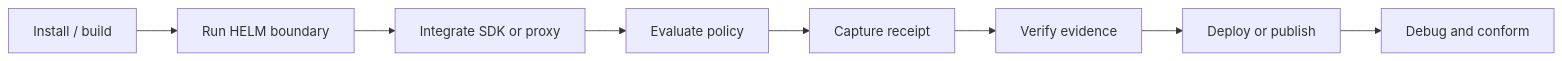
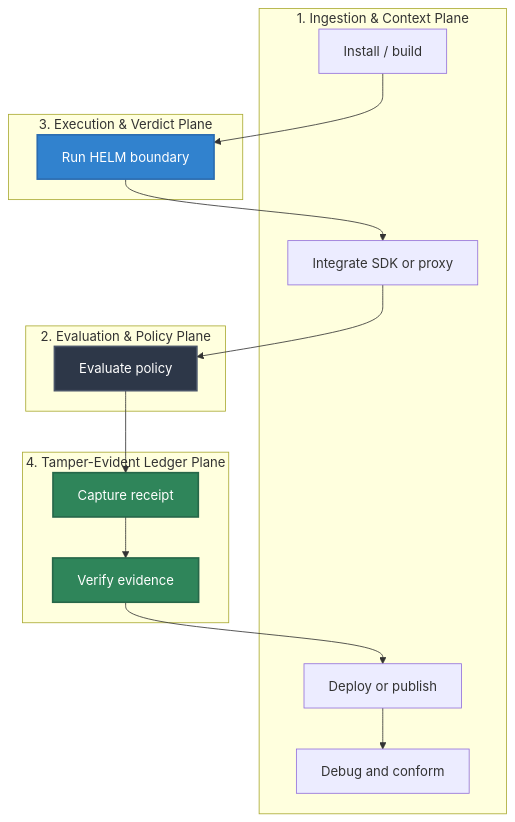
One commit to Mindburn-Labs/helm-ai-kernel changed the diagram in docs/DEVELOPER_SURFACE_MAP.md. Above: the diagram before and after it, drawn with Mermaid. The commit also changed other lines of this file and 330 other files, not shown here.

````diff
--- a/docs/DEVELOPER_SURFACE_MAP.md
+++ b/docs/DEVELOPER_SURFACE_MAP.md
@@ -25,10 +25,37 @@
 ```mermaid
-flowchart LR
-  install["Install / build"] --> boundary["Run HELM boundary"]
-  boundary --> integrate["Integrate SDK or proxy"]
-  integrate --> policy["Evaluate policy"]
-  policy --> receipt["Capture receipt"]
-  receipt --> verify["Verify evidence"]
-  verify --> deploy["Deploy or publish"]
-  deploy --> operate["Debug and conform"]
+flowchart TD
+    subgraph Ingestion["1. Ingestion & Context Plane"]
+        install["Install / build"]
+        integrate["Integrate SDK or proxy"]
+        deploy["Deploy or publish"]
+        operate["Debug and conform"]
+    end
+
+    subgraph Evaluation["2. Evaluation & Policy Plane"]
+        policy["Evaluate policy"]
+    end
+
+    subgraph Execution["3. Execution & Verdict Plane"]
+        boundary["Run HELM boundary"]
+    end
+
+    subgraph Ledger["4. Tamper-Evident Ledger Plane"]
+        receipt["Capture receipt"]
+        verify["Verify evidence"]
+    end
+
+    %% Operational Flow Edges
+    install --> boundary
+    boundary --> integrate
+    integrate --> policy
+    policy --> receipt
+    receipt --> verify
+    verify --> deploy
+    deploy --> operate
+
+    %% Premium Styling Rules
+    style boundary fill:#3182ce,stroke:#2b6cb0,stroke-width:2px,color:#fff
+    style policy fill:#2d3748,stroke:#4a5568,stroke-width:2px,color:#fff
+    style receipt fill:#2f855a,stroke:#276749,stroke-width:2px,color:#fff
+    style verify fill:#2f855a,stroke:#276749,stroke-width:2px,color:#fff
 ```
````
